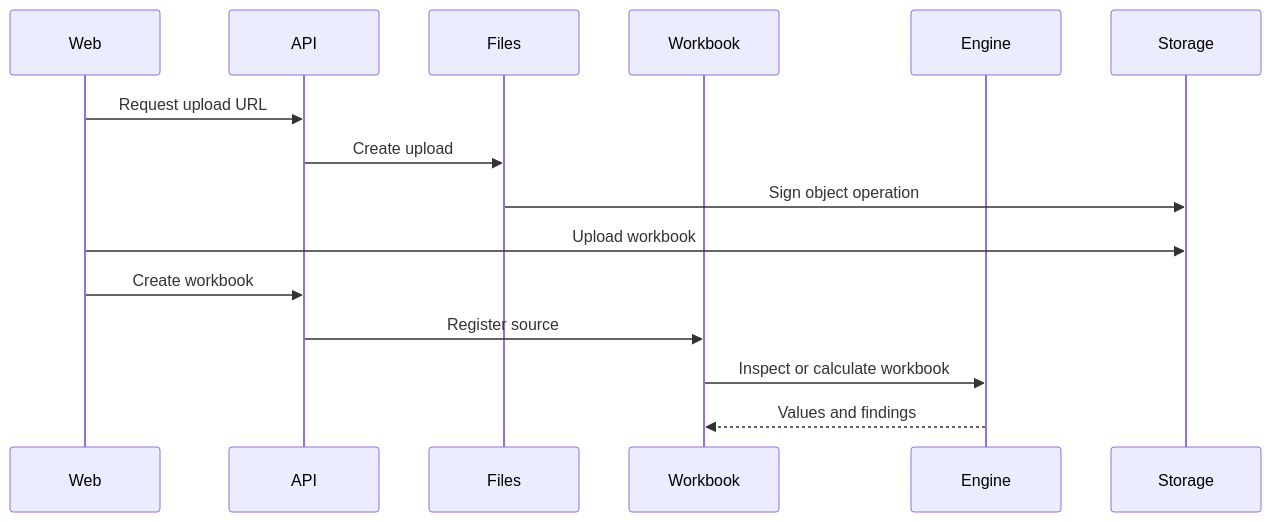
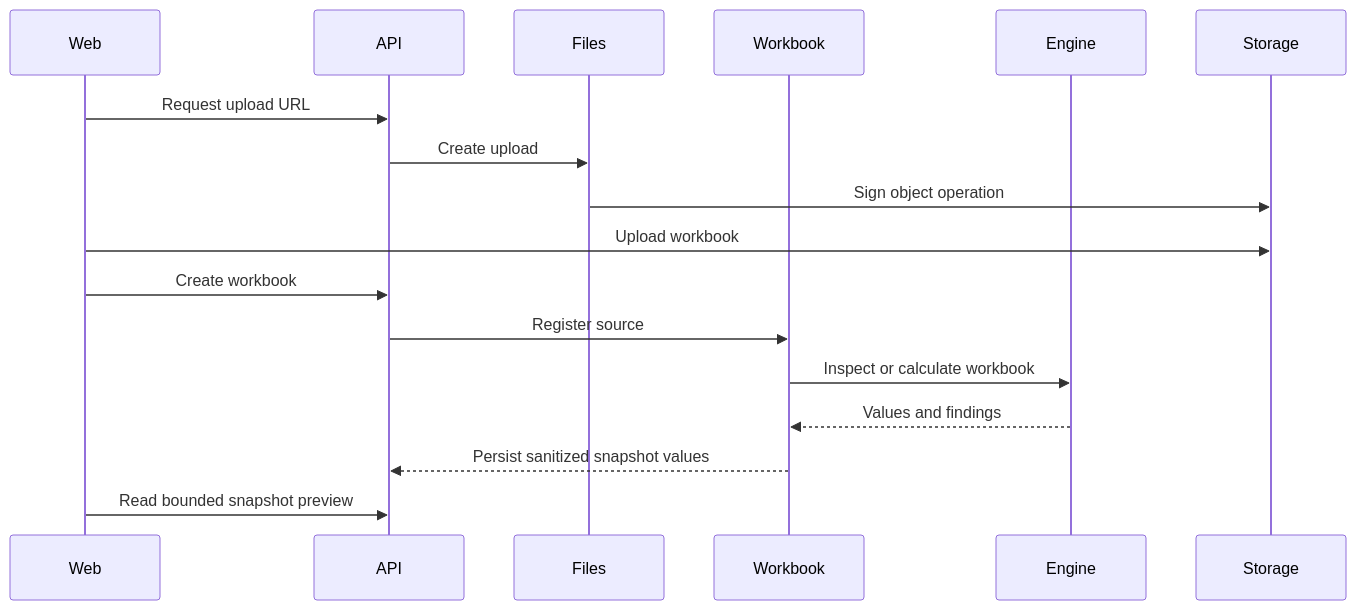
Before and after one commit to alirostami1/lemma: the fifth of 6 diagrams in docs/architecture.md, drawn with Mermaid. The commit also changed 89 other files, not shown here.

First line of the commit message:
Improve workbook snapshot preview and picker (#43)

````diff
--- a/docs/architecture.md
+++ b/docs/architecture.md
@@ -92,18 +92,20 @@
 ```mermaid
 sequenceDiagram
   participant Web
   participant API
   participant Files
   participant Workbook
   participant Engine
   participant Storage
 
   Web->>API: Request upload URL
   API->>Files: Create upload
   Files->>Storage: Sign object operation
   Web->>Storage: Upload workbook
   Web->>API: Create workbook
   API->>Workbook: Register source
   Workbook->>Engine: Inspect or calculate workbook
   Engine-->>Workbook: Values and findings
+  Workbook-->>API: Persist sanitized snapshot values
+  Web->>API: Read bounded snapshot preview
 ```
````
